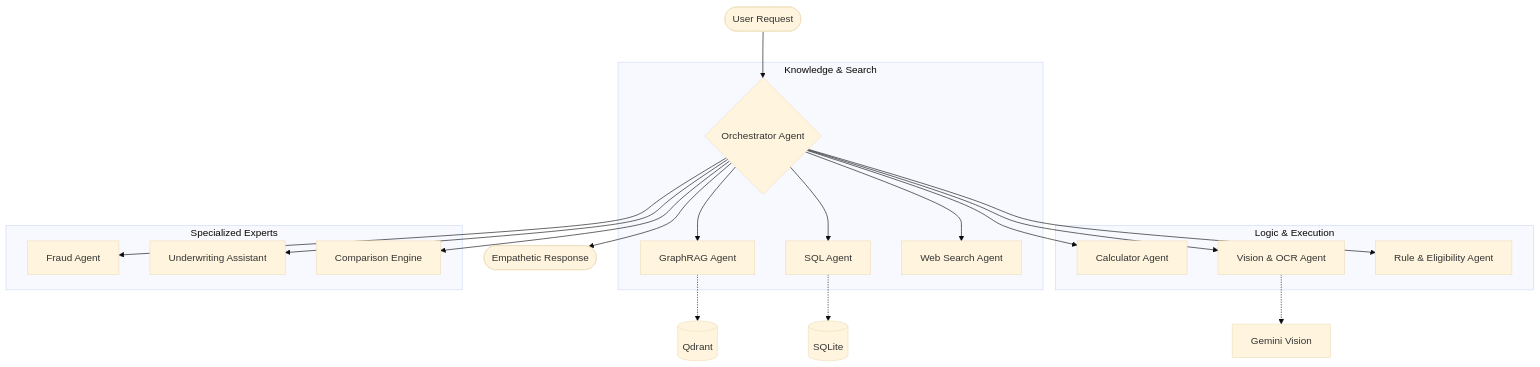
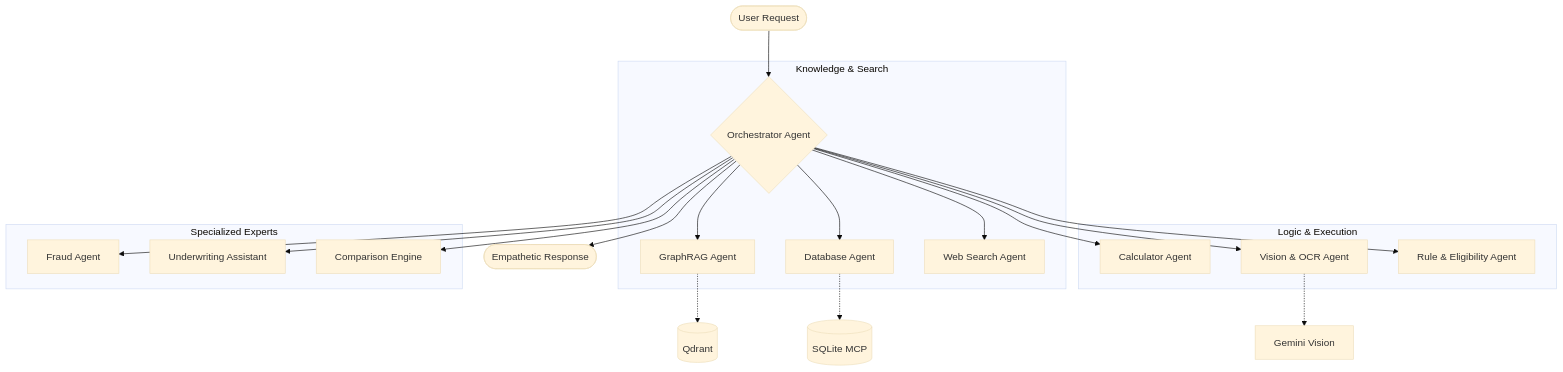
Before and after one commit to quangkmhd/InsureVN: the diagram in README.md, drawn with Mermaid (base theme). The commit also changed other lines of this file, not shown here.

Commit message:
docs: update README with Database MCP, Langfuse observability, and project structure refinements

````diff
--- a/README.md
+++ b/README.md
@@ -32,28 +32,28 @@
 ```mermaid
 graph TD
     User([User Request]) --> Orchestrator{Orchestrator Agent}
   
     subgraph "Knowledge & Search"
         Orchestrator --> GraphRAG[GraphRAG Agent]
-        Orchestrator --> SQLAgent[SQL Agent]
+        Orchestrator --> DatabaseAgent[Database Agent]
         Orchestrator --> WebSearch[Web Search Agent]
     end
   
     subgraph "Logic & Execution"
         Orchestrator --> Calculator[Calculator Agent]
         Orchestrator --> VisionOCR[Vision & OCR Agent]
         Orchestrator --> RuleEngine[Rule & Eligibility Agent]
     end
   
     subgraph "Specialized Experts"
         Orchestrator --> FraudAgent[Fraud Agent]
         Orchestrator --> Underwriter[Underwriting Assistant]
         Orchestrator --> Comparison[Comparison Engine]
     end
   
     GraphRAG -.-> Qdrant[(Qdrant)]
-    SQLAgent -.-> SQLite[(SQLite)]
+    DatabaseAgent -.-> SQLite[(SQLite MCP)]
     VisionOCR -.-> Gemini[Gemini Vision]
   
     Orchestrator --> Output([Empathetic Response])
 ```
````
